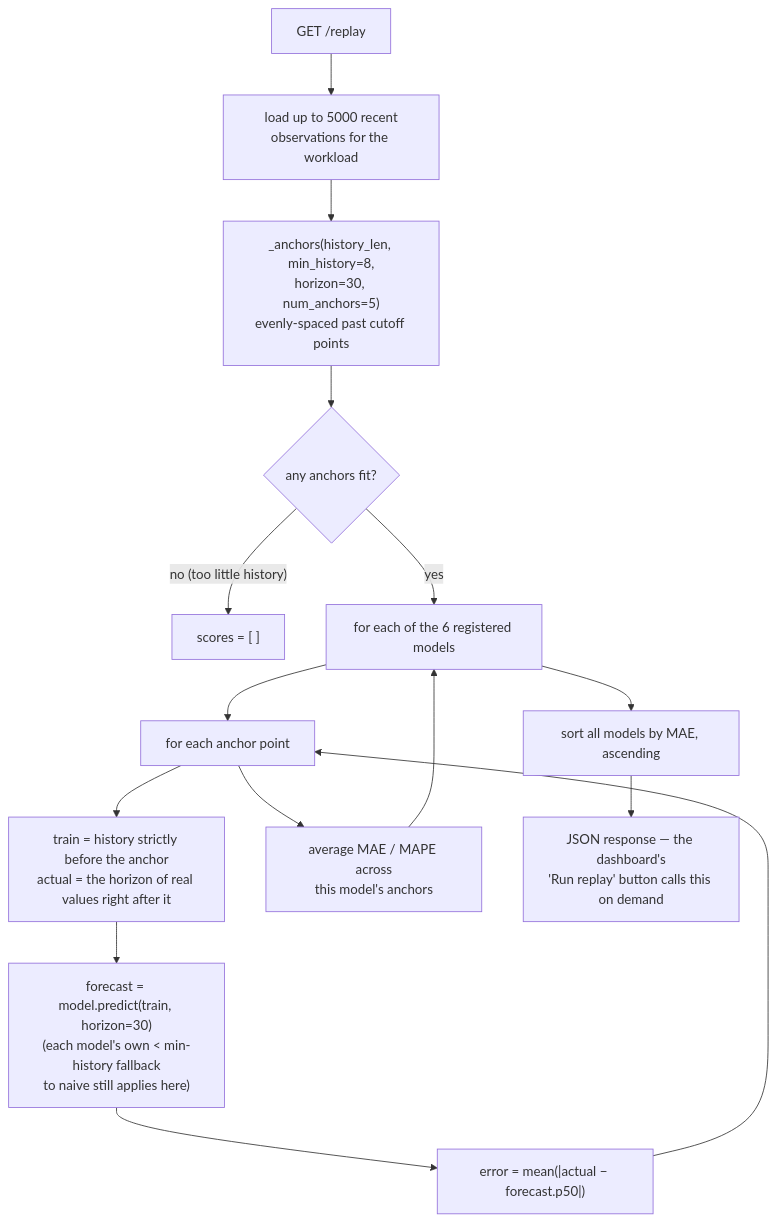
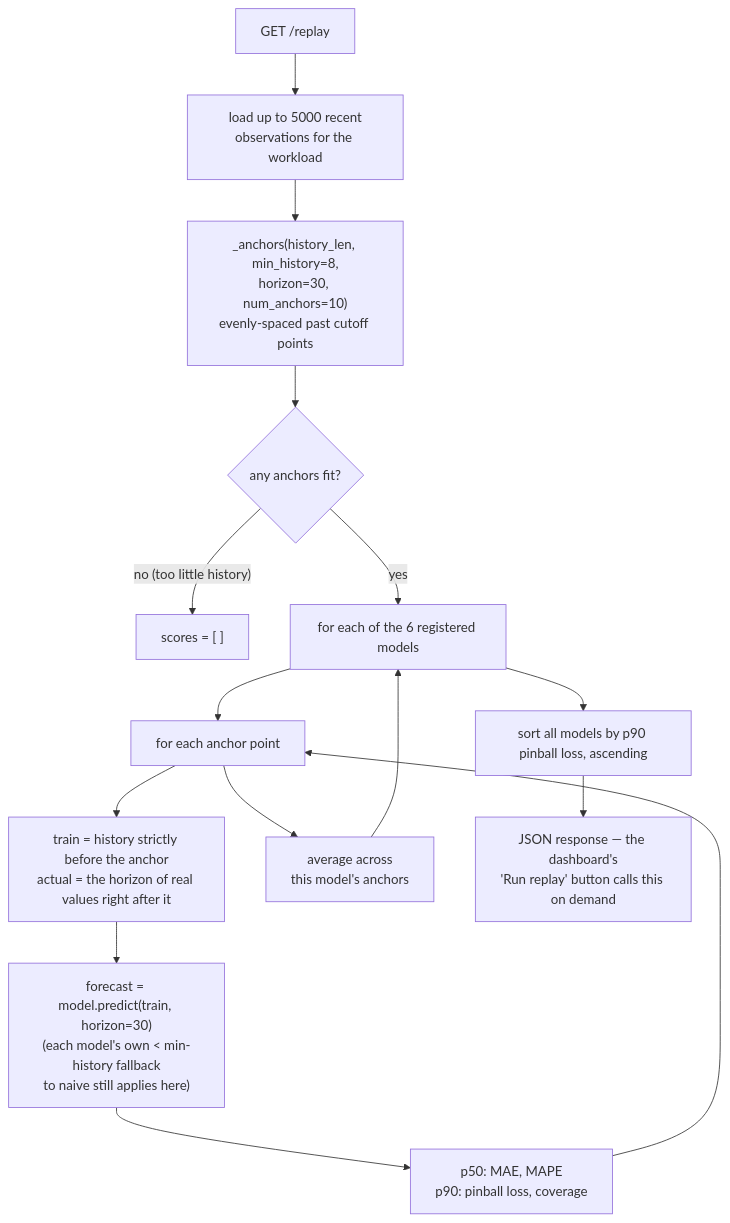
Before and after one commit to jsawyerdev/scalescope: the third of 6 diagrams in README.md, drawn with Mermaid. The commit also changed other lines of this file and 32 other files, not shown here.

````diff
--- a/README.md
+++ b/README.md
@@ -230,17 +308,17 @@
 ```mermaid
 flowchart TD
     A["GET /replay"] --> B["load up to 5000 recent<br/>observations for the workload"]
-    B --> C["_anchors(history_len, min_history=8,<br/>horizon=30, num_anchors=5)<br/>evenly-spaced past cutoff points"]
+    B --> C["_anchors(history_len, min_history=8,<br/>horizon=30, num_anchors=10)<br/>evenly-spaced past cutoff points"]
     C --> D{"any anchors fit?"}
     D -->|"no (too little history)"| E["scores = [ ]"]
     D -->|yes| F["for each of the 6 registered models"]
     F --> G["for each anchor point"]
     G --> H["train = history strictly before the anchor<br/>actual = the horizon of real values right after it"]
     H --> I["forecast = model.predict(train, horizon=30)<br/>(each model's own &lt; min-history fallback<br/>to naive still applies here)"]
-    I --> J["error = mean(|actual − forecast.p50|)"]
+    I --> J["p50: MAE, MAPE<br/>p90: pinball loss, coverage"]
     J --> G
-    G --> K["average MAE / MAPE across<br/>this model's anchors"]
+    G --> K["average across<br/>this model's anchors"]
     K --> F
-    F --> L["sort all models by MAE, ascending"]
+    F --> L["sort all models by p90 pinball loss, ascending"]
     L --> M["JSON response — the dashboard's<br/>'Run replay' button calls this on demand"]
 ```
````
